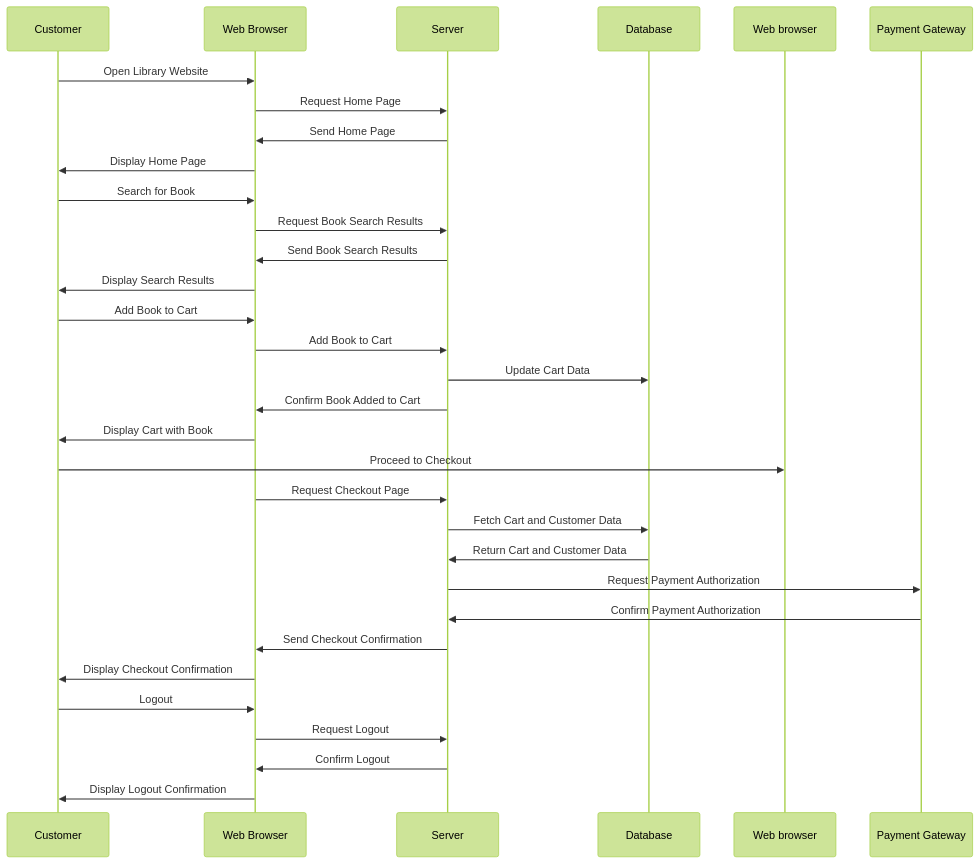
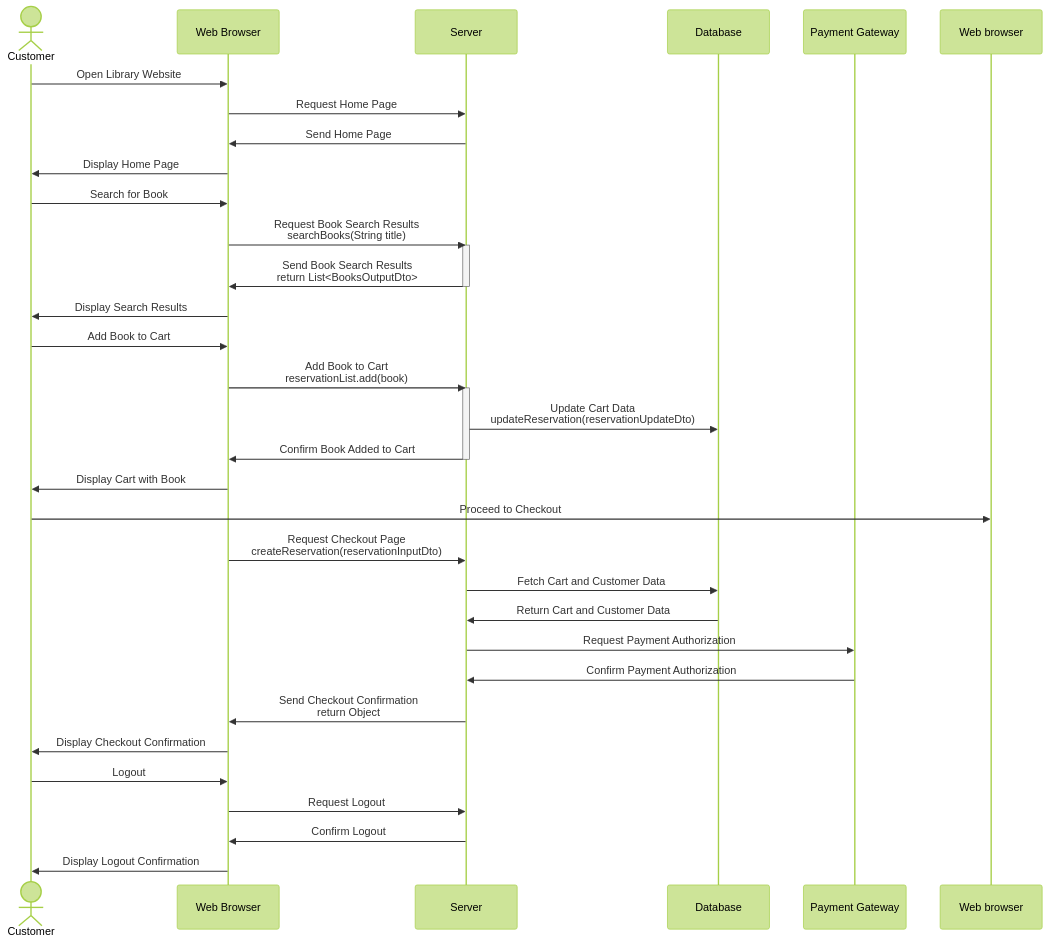
Before and after one commit to smallproject/library-system-backend: the diagram in docs/Sequencediagram.md, drawn with Mermaid (forest theme). The commit also changed 88 other files, not shown here.

````diff
--- a/docs/Sequencediagram.md
+++ b/docs/Sequencediagram.md
@@ -1,32 +1,42 @@
 ```mermaid
 sequenceDiagram
+    actor Customer
+    participant Web Browser
+    participant Server
+    participant Database
+    participant Payment Gateway
+    
     Customer ->> Web Browser: Open Library Website
     Web Browser ->> Server: Request Home Page
     Server ->> Web Browser: Send Home Page
     Web Browser ->> Customer: Display Home Page
 
     Customer ->> Web Browser: Search for Book
-    Web Browser ->> Server: Request Book Search Results
-    Server ->> Web Browser: Send Book Search Results
+    Web Browser ->> Server: Request Book Search Results <br/> searchBooks(String title)
+    activate Server
+    Server ->> Web Browser: Send Book Search Results <br/> return List<BooksOutputDto>
+    deactivate Server
     Web Browser ->> Customer: Display Search Results
     
     Customer ->> Web Browser: Add Book to Cart
-    Web Browser ->> Server: Add Book to Cart
-    Server ->> Database: Update Cart Data
+    Web Browser ->> Server: Add Book to Cart <br> reservationList.add(book)
+    activate Server
+    Server ->> Database: Update Cart Data <br> updateReservation(reservationUpdateDto)
     Server ->> Web Browser: Confirm Book Added to Cart
+    deactivate Server
     Web Browser ->> Customer: Display Cart with Book
     
-    Customer ->> Web browser: Proceed to Checkout
-    Web Browser ->> Server: Request Checkout Page
+    Customer ->> Web browser: Proceed to Checkout 
+    Web Browser ->> Server: Request Checkout Page <br/> createReservation(reservationInputDto)
     Server ->> Database: Fetch Cart and Customer Data
     Database ->> Server: Return Cart and Customer Data
     Server ->> Payment Gateway: Request Payment Authorization
     Payment Gateway ->> Server: Confirm Payment Authorization
-    Server ->> Web Browser: Send Checkout Confirmation
+    Server ->> Web Browser: Send Checkout Confirmation <br> return Object
     Web Browser ->> Customer: Display Checkout Confirmation
     
     Customer ->> Web Browser: Logout
     Web Browser ->> Server: Request Logout
     Server ->> Web Browser: Confirm Logout
     Web Browser ->> Customer: Display Logout Confirmation
 ```
````
